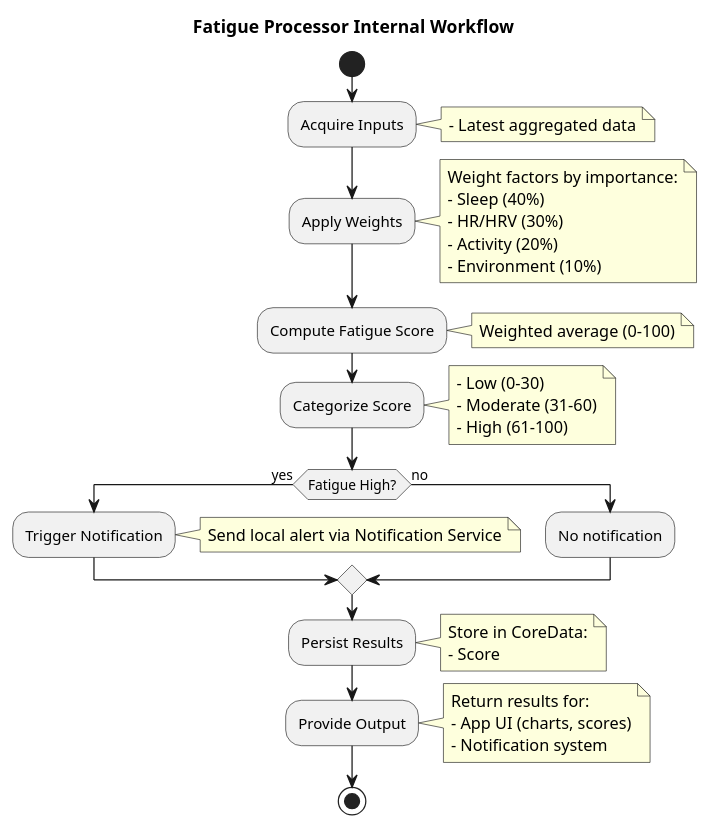
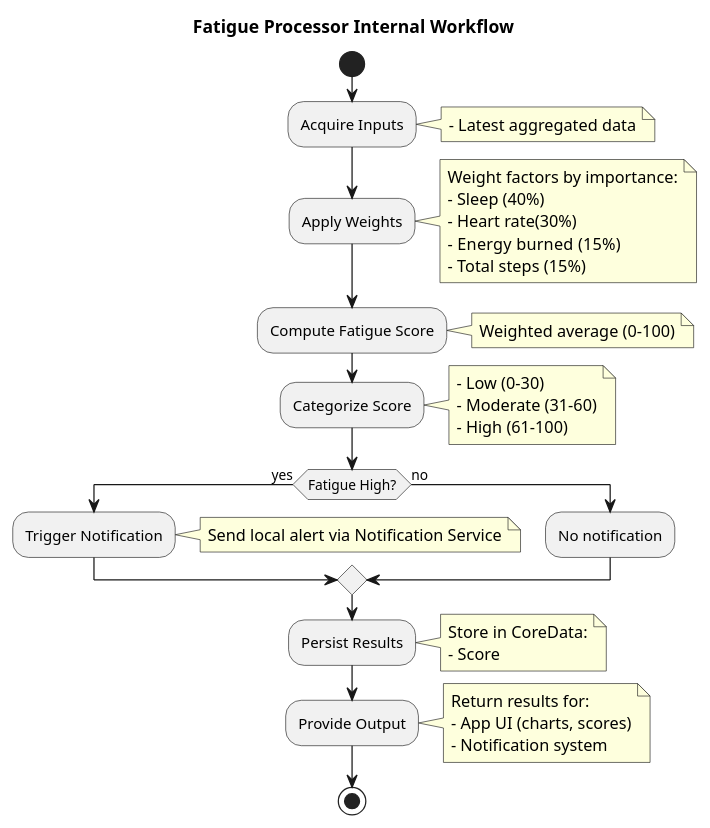
One commit to VC-658-Team/VC-658 changed the diagram in diagrams/activity/fatigue-processor-activity-diagram.puml. Above: the diagram before and after it, drawn with PlantUML.

Commit message:
updating some minor details with activity diagrams

```diff
--- a/diagrams/activity/fatigue-processor-activity-diagram.puml
+++ b/diagrams/activity/fatigue-processor-activity-diagram.puml
@@ -1,55 +1,55 @@
 @startuml FatigueProcessor-Activity
 title "Fatigue Processor Internal Workflow"
 
 start
 
 :Acquire Inputs;
 note right
 - Latest aggregated data
 end note
 
 :Apply Weights;
 note right
 Weight factors by importance:
 - Sleep (40%)
-- HR/HRV (30%)
-- Activity (20%)
-- Environment (10%)
+- Heart rate(30%)
+-  Energy burned (15%)
+- Total steps (15%)
 end note
 
 :Compute Fatigue Score;
 note right
 Weighted average (0–100)
 end note
 
 :Categorize Score;
 note right
 - Low (0–30)
 - Moderate (31–60)
 - High (61–100)
 end note
 
 if (Fatigue High?) then (yes)
   :Trigger Notification;
   note right
   Send local alert via Notification Service
   end note
 else (no)
   :No notification;
 endif
 
 :Persist Results;
 note right
 Store in CoreData:
 - Score
 end note
 
 :Provide Output;
 note right
 Return results for:
 - App UI (charts, scores)
 - Notification system
 end note
 
 stop
 @enduml
```
